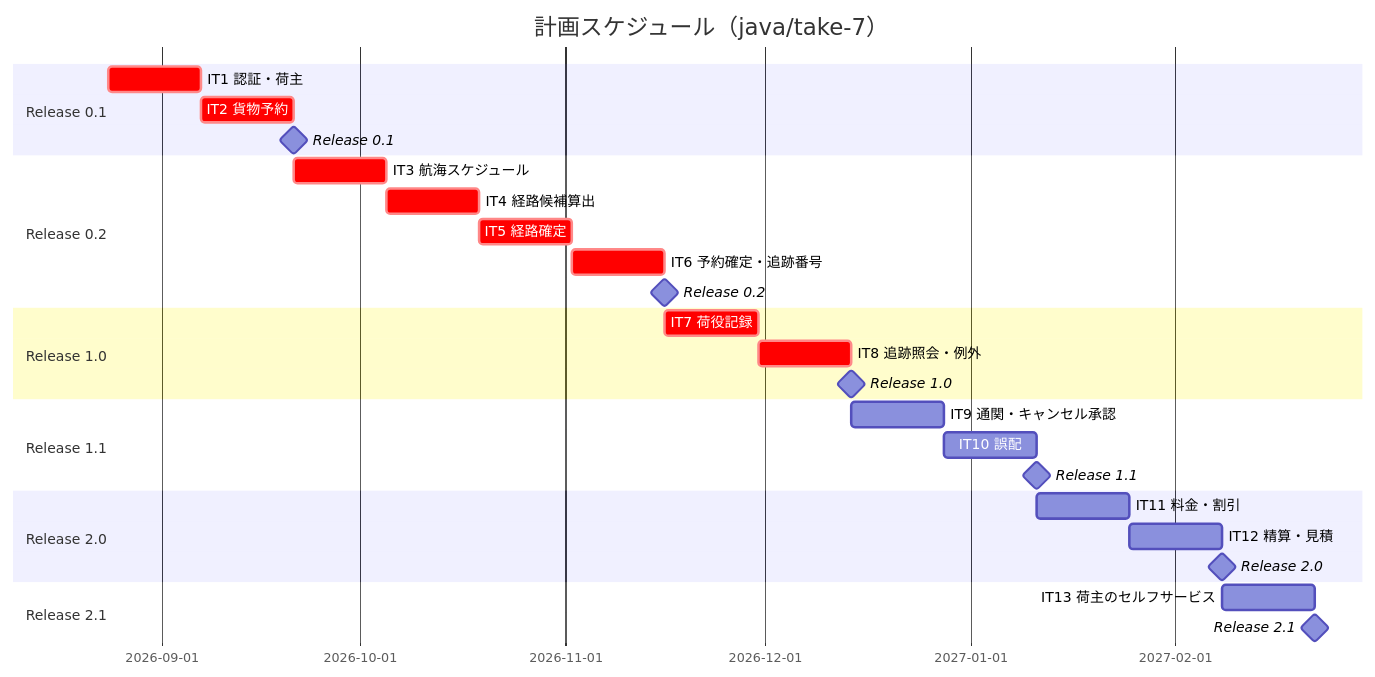
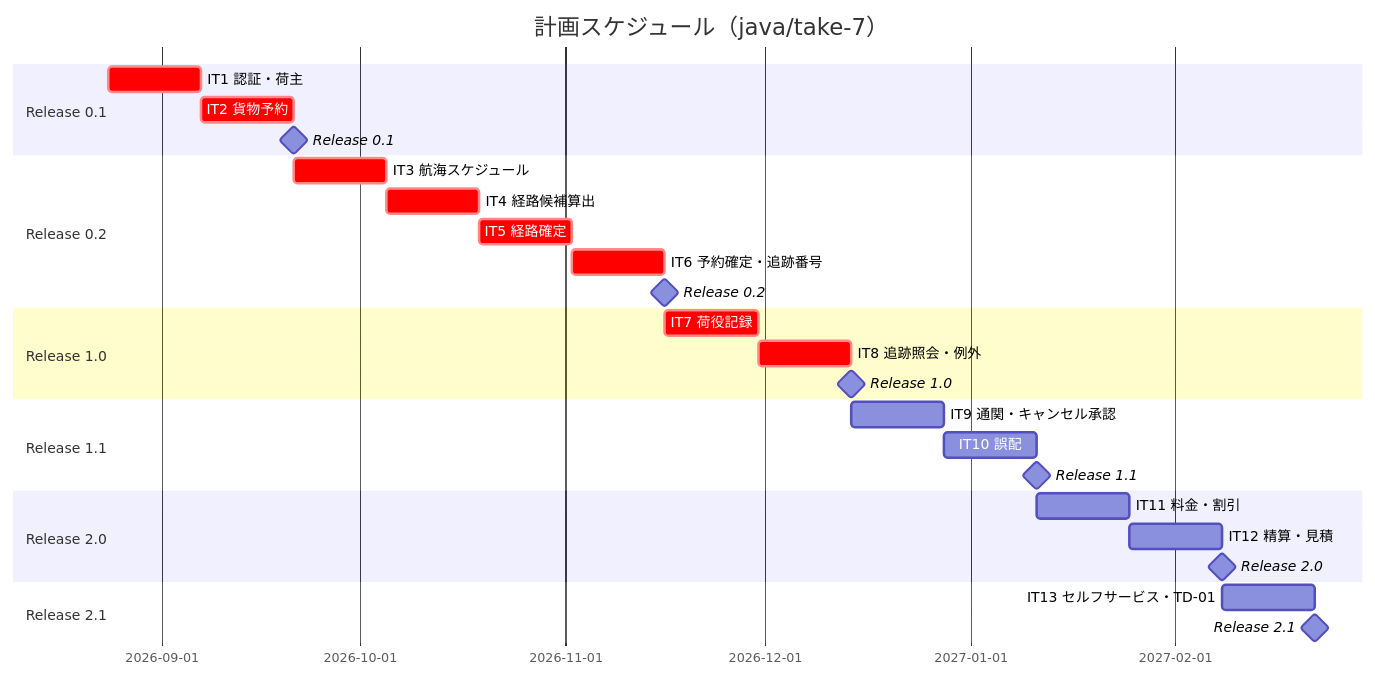
One commit to k2works/case-study-cargo-tracker changed the first of 2 diagrams in docs/development/release_plan.md. Above: the diagram before and after it, drawn with Mermaid. The commit also changed other lines of this file, not shown here.

````diff
--- a/docs/development/release_plan.md
+++ b/docs/development/release_plan.md
@@ -241,30 +265,30 @@
 ```mermaid
 gantt
     title 計画スケジュール（java/take-7）
     dateFormat  YYYY-MM-DD
     section Release 0.1
     IT1 認証・荷主             :crit, p1-1, 2026-08-24, 14d
     IT2 貨物予約               :crit, p1-2, after p1-1, 14d
     Release 0.1               :milestone, m1, after p1-2, 0d
     section Release 0.2
     IT3 航海スケジュール        :crit, p2-1, after p1-2, 14d
     IT4 経路候補算出           :crit, p2-2, after p2-1, 14d
     IT5 経路確定               :crit, p2-3, after p2-2, 14d
     IT6 予約確定・追跡番号      :crit, p2-4, after p2-3, 14d
     Release 0.2               :milestone, m2, after p2-4, 0d
     section Release 1.0
     IT7 荷役記録               :crit, p3-1, after p2-4, 14d
     IT8 追跡照会・例外          :crit, p3-2, after p3-1, 14d
     Release 1.0               :milestone, m3, after p3-2, 0d
     section Release 1.1
     IT9 通関・キャンセル承認    :p4-1, after p3-2, 14d
     IT10 誤配                 :p4-2, after p4-1, 14d
     Release 1.1               :milestone, m4, after p4-2, 0d
     section Release 2.0
     IT11 料金・割引            :p5-1, after p4-2, 14d
     IT12 精算・見積            :p5-2, after p5-1, 14d
     Release 2.0               :milestone, m5, after p5-2, 0d
     section Release 2.1
-    IT13 荷主のセルフサービス   :p6-1, after p5-2, 14d
+    IT13 セルフサービス・TD-01 :p6-1, after p5-2, 14d
     Release 2.1               :milestone, m6, after p6-1, 0d
 ```
````
